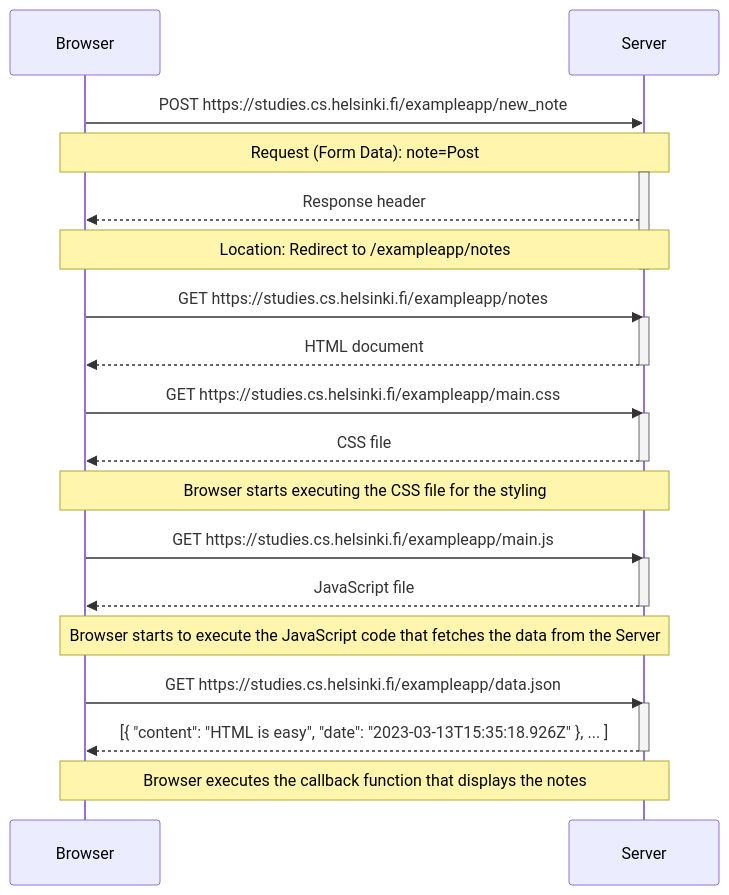
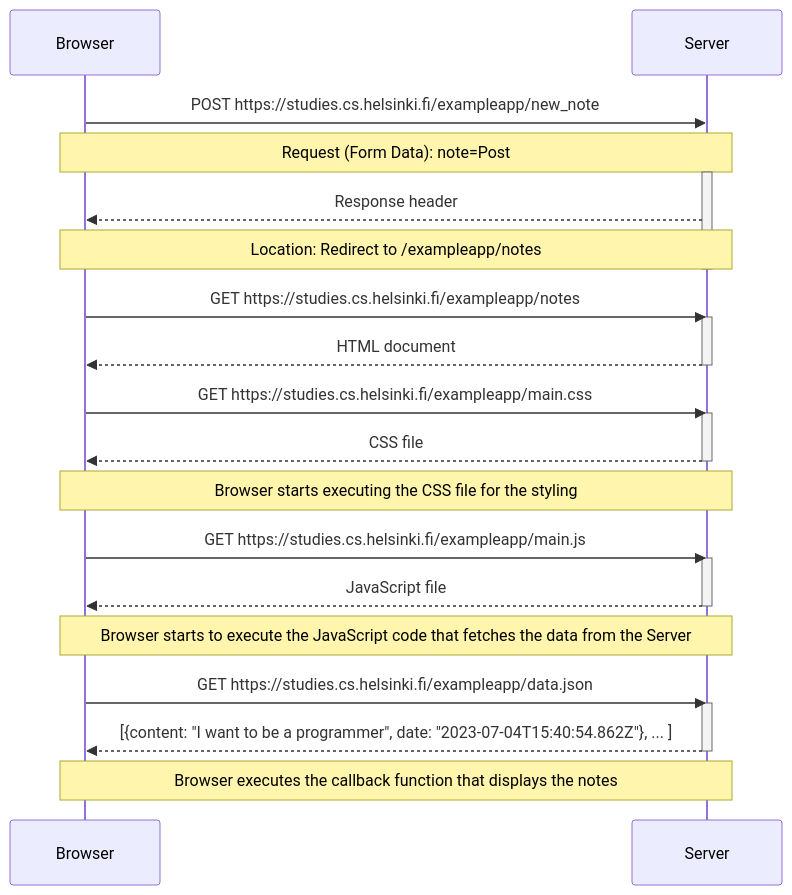
One commit to Favoursimeon/Full-stack-open-Part0 changed the diagram in 0.4_new_note_diagram.md. Above: the diagram before and after it, drawn with Mermaid.

````diff
--- a/0.4_new_note_diagram.md
+++ b/0.4_new_note_diagram.md
@@ -1,35 +1,35 @@
 ```mermaid
 sequenceDiagram
  
     Browser->>Server: POST https://studies.cs.helsinki.fi/exampleapp/new_note
     Note over Browser, Server: Request (Form Data): note=Post
     activate Server
     Server-->>Browser: Response header
     Note over Browser, Server: Location: Redirect to /exampleapp/notes
     deactivate Server
     Browser->>Server: GET https://studies.cs.helsinki.fi/exampleapp/notes
     activate Server
     Server-->>Browser: HTML document
     deactivate Server
 
 
     Browser->>Server: GET https://studies.cs.helsinki.fi/exampleapp/main.css
     activate Server
     Server-->>Browser: CSS file
     deactivate Server
     Note over Browser, Server: Browser starts executing the CSS file for the styling
 
 
     Browser->>Server: GET https://studies.cs.helsinki.fi/exampleapp/main.js
     activate Server
     Server-->>Browser: JavaScript file
     deactivate Server
     Note over Browser, Server: Browser starts to execute the JavaScript code that fetches the data from the Server
 
 
     Browser->>Server: GET https://studies.cs.helsinki.fi/exampleapp/data.json
     activate Server
-    Server-->>Browser: [{ "content": "HTML is easy", "date": "2023-03-13T15:35:18.926Z" }, ... ]
+    Server-->>Browser: [{content: "I want to be a programmer", date: "2023-07-04T15:40:54.862Z"}, ... ]
     deactivate Server
     Note over Browser, Server: Browser executes the callback function that displays the notes
 ```
````
